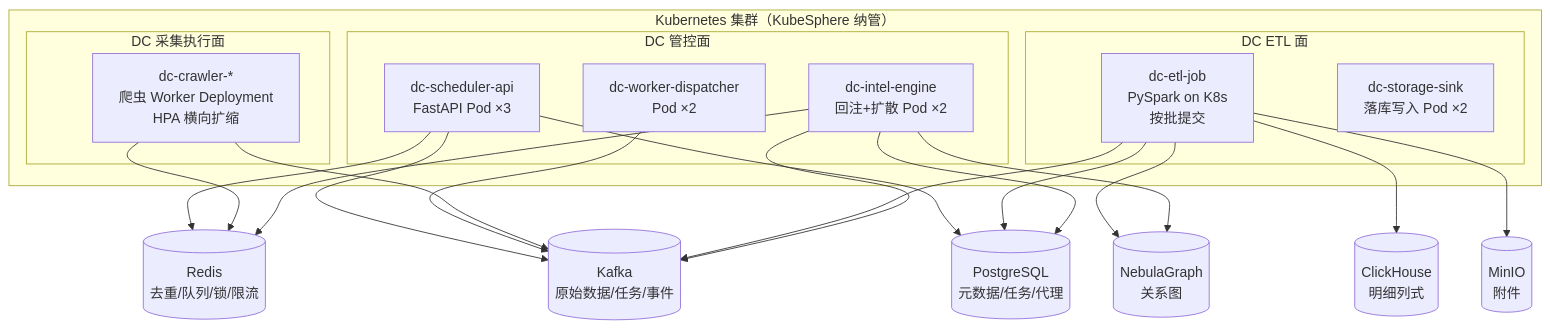
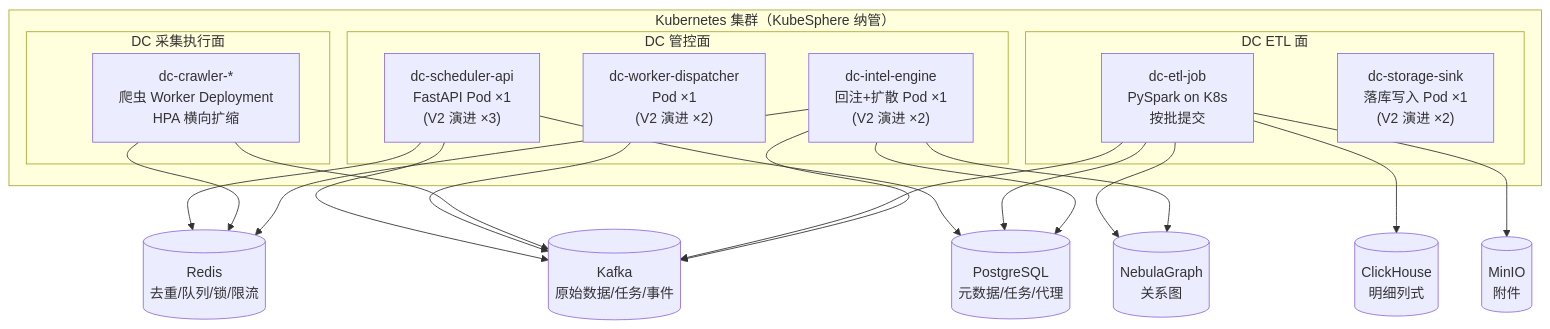
One commit to Sj-g/obsidian changed the first of 9 diagrams in 公司项目/认知作战/文档/软件详细设计说明-DC子系统.md. Above: the diagram before and after it, drawn with Mermaid. The commit also changed other lines of this file and 6 other files, not shown here.

````diff
--- a/公司项目/认知作战/文档/软件详细设计说明-DC子系统.md
+++ b/公司项目/认知作战/文档/软件详细设计说明-DC子系统.md
@@ -87,29 +87,29 @@
 ```mermaid
 flowchart TB
     subgraph K8s["Kubernetes 集群（KubeSphere 纳管）"]
         subgraph DC_CTRL["DC 管控面"]
-            API["dc-scheduler-api<br/>FastAPI Pod ×3"]
-            WORKER_CTRL["dc-worker-dispatcher<br/>Pod ×2"]
-            INTEL["dc-intel-engine<br/>回注+扩散 Pod ×2"]
+            API["dc-scheduler-api<br/>FastAPI Pod ×1<br/>(V2 演进 ×3)"]
+            WORKER_CTRL["dc-worker-dispatcher<br/>Pod ×1<br/>(V2 演进 ×2)"]
+            INTEL["dc-intel-engine<br/>回注+扩散 Pod ×1<br/>(V2 演进 ×2)"]
         end
         subgraph DC_EXEC["DC 采集执行面"]
             CRAWLER["dc-crawler-*<br/>爬虫 Worker Deployment<br/>HPA 横向扩缩"]
         end
         subgraph DC_ETL["DC ETL 面"]
             ETL["dc-etl-job<br/>PySpark on K8s<br/>按批提交"]
-            SINK["dc-storage-sink<br/>落库写入 Pod ×2"]
+            SINK["dc-storage-sink<br/>落库写入 Pod ×1<br/>(V2 演进 ×2)"]
         end
     end
     PG[("PostgreSQL<br/>元数据/任务/代理")]
     RD[("Redis<br/>去重/队列/锁/限流")]
     KF[("Kafka<br/>原始数据/任务/事件")]
     CH[("ClickHouse<br/>明细列式")]
     NG[("NebulaGraph<br/>关系图")]
     MN[("MinIO<br/>附件")]
 
     API --> RD & KF & PG
     WORKER_CTRL --> KF
     CRAWLER --> KF & RD
     ETL --> KF & CH & PG & NG & MN
     INTEL --> KF & RD & NG & PG
 ```
````
